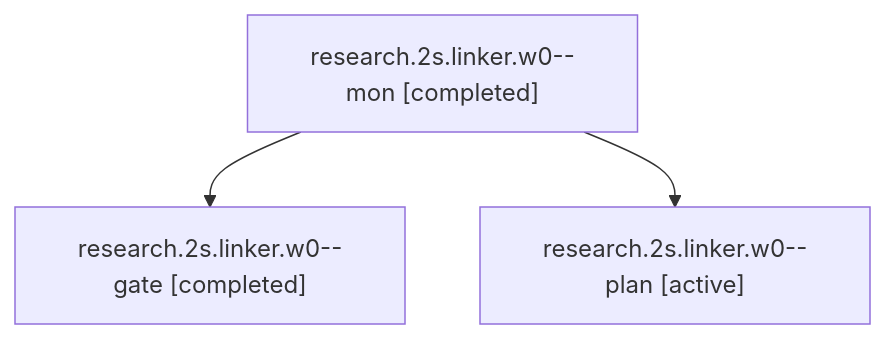
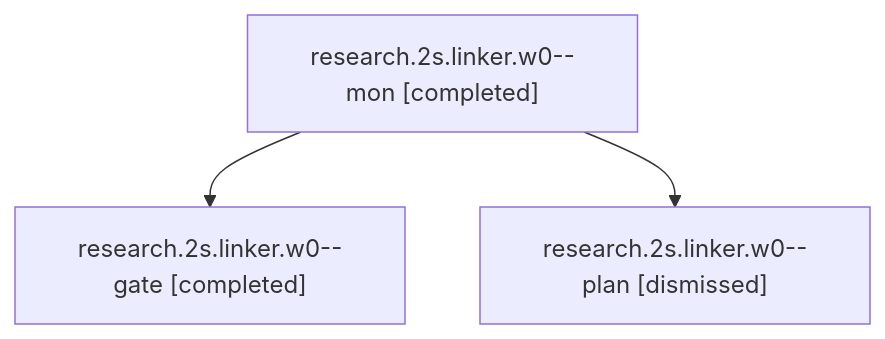
Before and after one commit to bobs-org/bob-cli--agents: the diagram in sessions/bbugyi200.apollo.research.2s.linker.w0.md, drawn with Mermaid. The commit also changed other lines of this file and 992 other files, not shown here.

````diff
--- a/sessions/bbugyi200.apollo.research.2s.linker.w0.md
+++ b/sessions/bbugyi200.apollo.research.2s.linker.w0.md
@@ -9,8 +9,8 @@
 ```mermaid
 flowchart TD
   n0["research.2s.linker.w0--mon [completed]"]
   n1["research.2s.linker.w0--gate [completed]"]
   n0 --> n1
-  n2["research.2s.linker.w0--plan [active]"]
+  n2["research.2s.linker.w0--plan [dismissed]"]
   n0 --> n2
 ```
````
